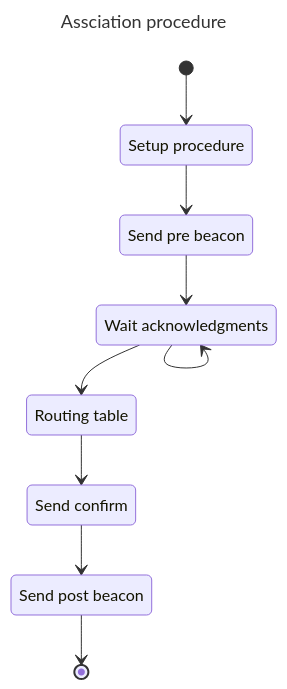
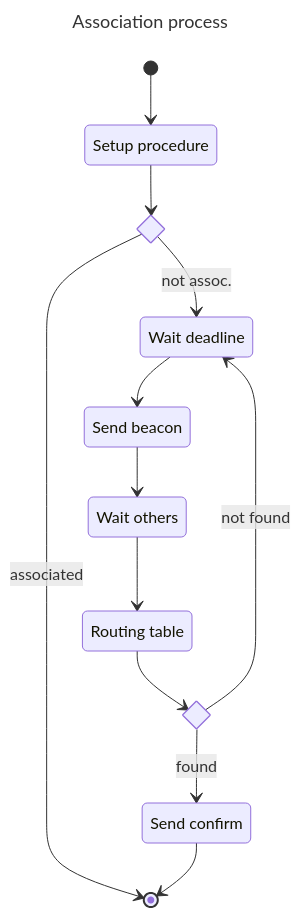
The second of 3 diagrams in docs/rfc_starpath.md (EspMeshMesh/espmeshmesh), drawn with Mermaid before and after one commit. The commit also changed other lines of this file and 17 other files, not shown here.

````diff
--- a/docs/rfc_starpath.md
+++ b/docs/rfc_starpath.md
@@ -118,23 +118,28 @@
 ```mermaid
 ---
-title: Assciation procedure
+title: Association process
 config:
     stateDiagram:
 ---
 stateDiagram-v2
     direction TB
     state "Setup procedure" as setup
-    state "Send pre beacon" as beacon
-    state "Wait acknowledgments" as wait
+    state if_is_associated <<choice>>
+    state "Wait deadline" as wait_beacon
+    state "Send beacon" as beacon
+    state "Wait others" as wait_neighbors
     state "Routing table" as route
+    state if_neighbor_found <<choice>>
     state "Send confirm" as confirm
-    state "Send post beacon" as beacon2
     [*] --> setup
-    setup --> beacon
-    beacon --> wait
-    wait --> wait
-    wait --> route
-    route --> confirm
-    confirm --> beacon2
-    beacon2 --> [*]
+    setup --> if_is_associated
+    if_is_associated --> wait_beacon: not assoc.
+    if_is_associated --> [*]: associated
+    wait_beacon --> beacon
+    beacon --> wait_neighbors
+    wait_neighbors --> route
+    route --> if_neighbor_found
+    if_neighbor_found --> confirm: found
+    if_neighbor_found --> wait_beacon: not found
+    confirm --> [*]
 ```
````
